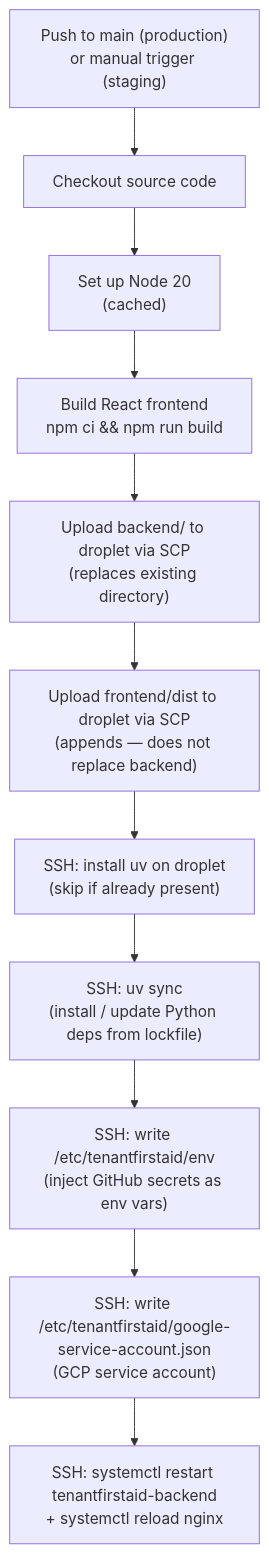
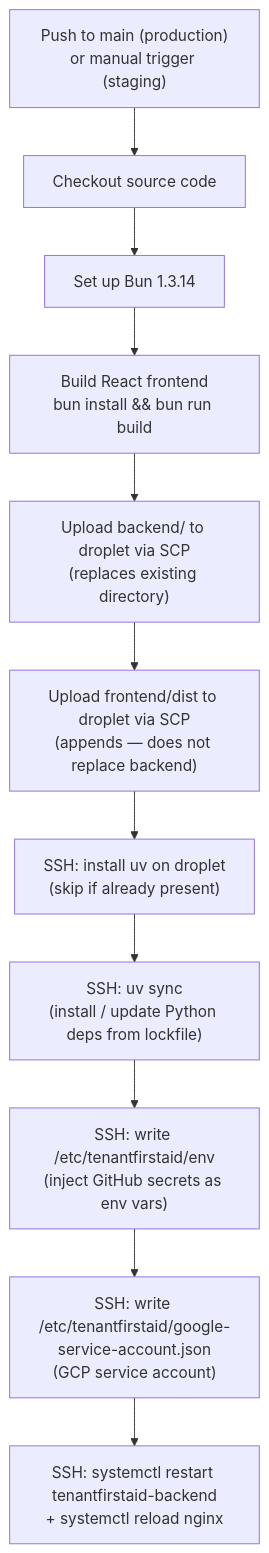
The fourth of 5 diagrams in Deployment.md (codeforpdx/tenantfirstaid), drawn with Mermaid before and after one commit. The commit also changed other lines of this file and 24 other files, not shown here.

Commit message:
switched from npm to bun upgraded to Typescript7 switched from eslint to oxlint (ts7 compatible)

````diff
--- a/Deployment.md
+++ b/Deployment.md
@@ -190,13 +190,13 @@
 ```mermaid
 flowchart TD
     Trigger["Push to main (production)<br/>or manual trigger (staging)"] --> Checkout["Checkout source code"]
-    Checkout --> NodeSetup["Set up Node 20<br/>(cached)"]
-    NodeSetup --> BuildUI["Build React frontend<br/>npm ci && npm run build"]
+    Checkout --> NodeSetup["Set up Bun 1.3.14"]
+    NodeSetup --> BuildUI["Build React frontend<br/>bun install && bun run build"]
     BuildUI --> SCPBackend["Upload backend/ to droplet via SCP<br/>(replaces existing directory)"]
     SCPBackend --> SCPFrontend["Upload frontend/dist to droplet via SCP<br/>(appends — does not replace backend)"]
     SCPFrontend --> UVInstall["SSH: install uv on droplet<br/>(skip if already present)"]
     UVInstall --> UVSync["SSH: uv sync<br/>(install / update Python deps from lockfile)"]
     UVSync --> WriteEnv["SSH: write /etc/tenantfirstaid/env<br/>(inject GitHub secrets as env vars)"]
     WriteEnv --> WriteCreds["SSH: write /etc/tenantfirstaid/google-service-account.json<br/>(GCP service account)"]
     WriteCreds --> Restart["SSH: systemctl restart tenantfirstaid-backend<br/>+ systemctl reload nginx"]
 ```
````
